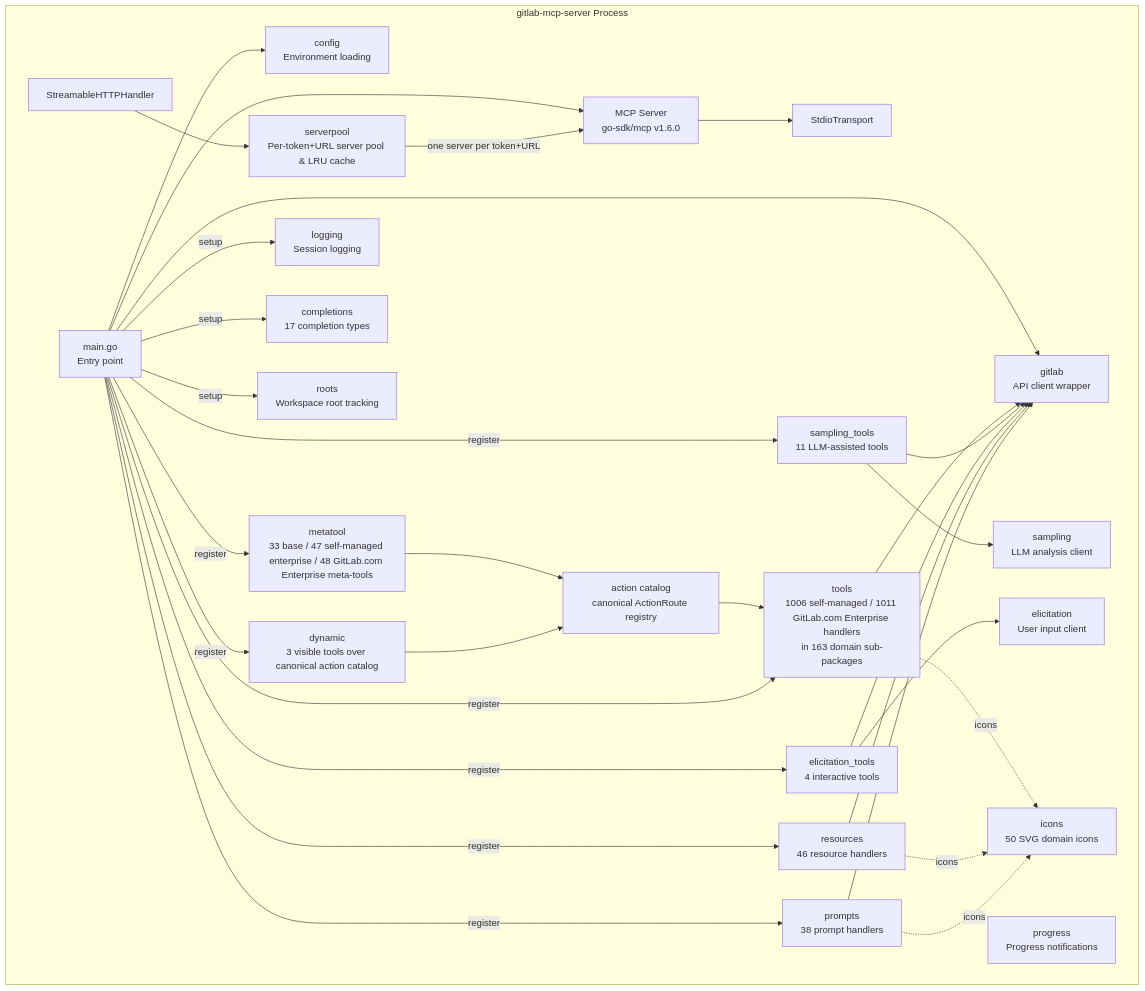
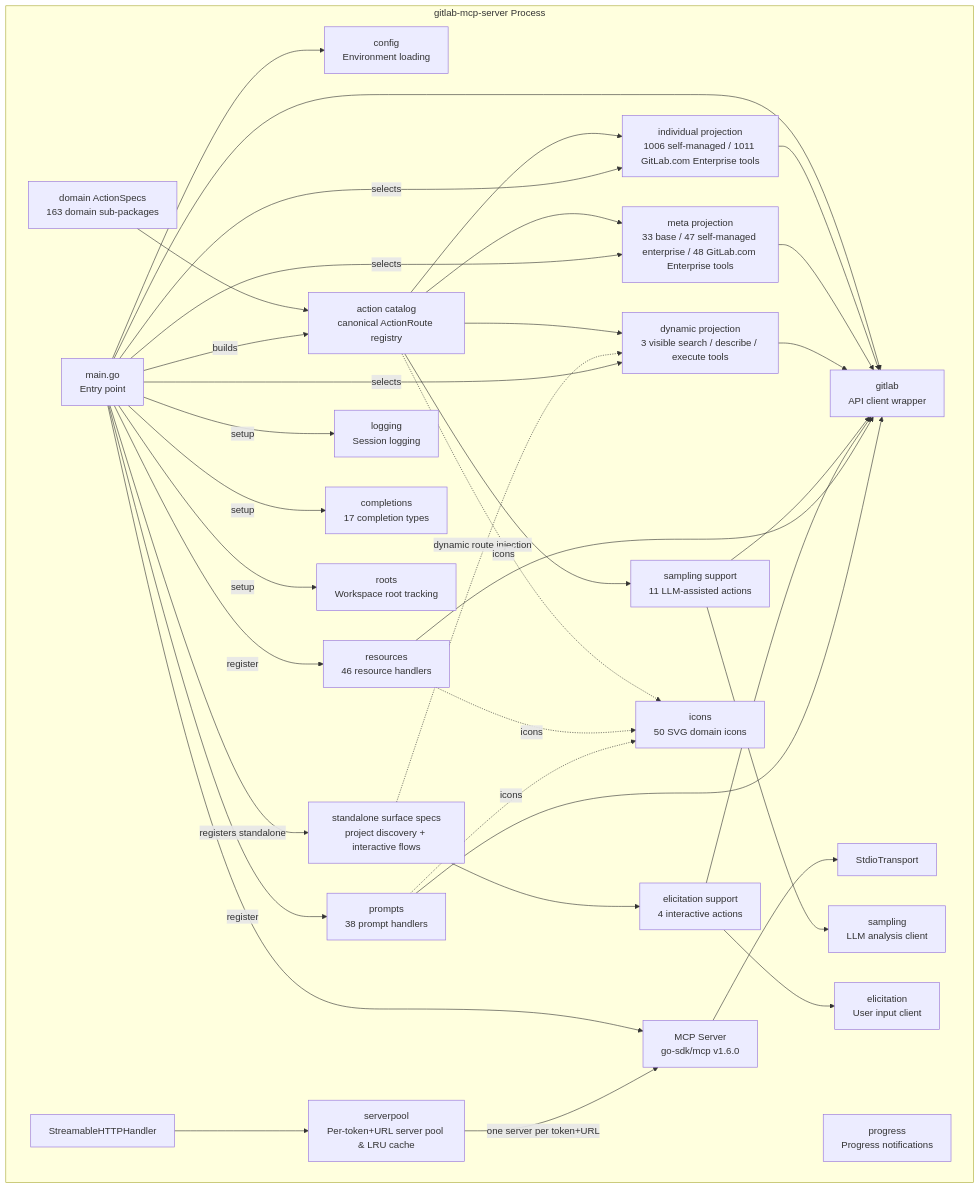
One commit to jmrplens/gitlab-mcp-server changed the third of 11 diagrams in docs/architecture.md. Above: the diagram before and after it, drawn with Mermaid. The commit also changed other lines of this file and 12 other files, not shown here.

Commit message:
docs: refresh architecture diagrams

````diff
--- a/docs/architecture.md
+++ b/docs/architecture.md
@@ -64,57 +64,65 @@
 ```mermaid
 graph TD
     subgraph "gitlab-mcp-server Process"
         MAIN[main.go<br/>Entry point]
         CFG[config<br/>Environment loading]
         GL[gitlab<br/>API client wrapper]
-        TOOLS[tools<br/>1006 self-managed / 1011 GitLab.com Enterprise handlers<br/>in 163 domain sub-packages]
+        SPECS[domain ActionSpecs<br/>163 domain sub-packages]
         CATALOG[action catalog<br/>canonical ActionRoute registry]
-        META[metatool<br/>33 base / 47 self-managed enterprise / 48 GitLab.com Enterprise meta-tools]
-        DYN[dynamic<br/>3 visible tools over canonical action catalog]
-        SAMP[sampling_tools<br/>11 LLM-assisted tools]
-        ELIC[elicitation_tools<br/>4 interactive tools]
+        STANDALONE[standalone surface specs<br/>project discovery + interactive flows]
+        IND[individual projection<br/>1006 self-managed / 1011 GitLab.com Enterprise tools]
+        META[meta projection<br/>33 base / 47 self-managed enterprise / 48 GitLab.com Enterprise tools]
+        DYN[dynamic projection<br/>3 visible search / describe / execute tools]
+        SAMP[sampling support<br/>11 LLM-assisted actions]
+        ELIC[elicitation support<br/>4 interactive actions]
         RES[resources<br/>46 resource handlers]
         PROMPTS[prompts<br/>38 prompt handlers]
         LOG[logging<br/>Session logging]
         COMP[completions<br/>17 completion types]
         ROOTS[roots<br/>Workspace root tracking]
         PROG[progress<br/>Progress notifications]
         SAMPLING[sampling<br/>LLM analysis client]
         ELICIT[elicitation<br/>User input client]
         ICN[icons<br/>50 SVG domain icons]
         SRV[MCP Server<br/>go-sdk/mcp v1.6.0]
         STDIO[StdioTransport]
         HTTP[StreamableHTTPHandler]
         POOL[serverpool<br/>Per-token+URL server pool & LRU cache]
     end
 
     MAIN --> CFG
     MAIN --> GL
     MAIN --> SRV
     SRV --> STDIO
     HTTP --> POOL
     POOL -->|one server per token+URL| SRV
-    TOOLS --> GL
-    META --> CATALOG
-    DYN --> CATALOG
-    CATALOG --> TOOLS
+    SPECS --> CATALOG
+    CATALOG --> IND
+    CATALOG --> META
+    CATALOG --> DYN
+    CATALOG --> SAMP
+    STANDALONE --> ELIC
+    STANDALONE -.->|dynamic route injection| DYN
+    IND --> GL
+    META --> GL
+    DYN --> GL
     SAMP --> GL
+    ELIC --> GL
     SAMP --> SAMPLING
     ELIC --> ELICIT
-    ELIC --> GL
     RES --> GL
     PROMPTS --> GL
-    MAIN -->|register| TOOLS
-    MAIN -->|register| META
-    MAIN -->|register| DYN
-    MAIN -->|register| SAMP
-    MAIN -->|register| ELIC
+    MAIN -->|builds| CATALOG
+    MAIN -->|selects| IND
+    MAIN -->|selects| META
+    MAIN -->|selects| DYN
+    MAIN -->|registers standalone| STANDALONE
     MAIN -->|register| RES
     MAIN -->|register| PROMPTS
-    TOOLS -.->|icons| ICN
+    CATALOG -.->|icons| ICN
     RES -.->|icons| ICN
     PROMPTS -.->|icons| ICN
     MAIN -->|setup| LOG
     MAIN -->|setup| COMP
     MAIN -->|setup| ROOTS
 ```
````
